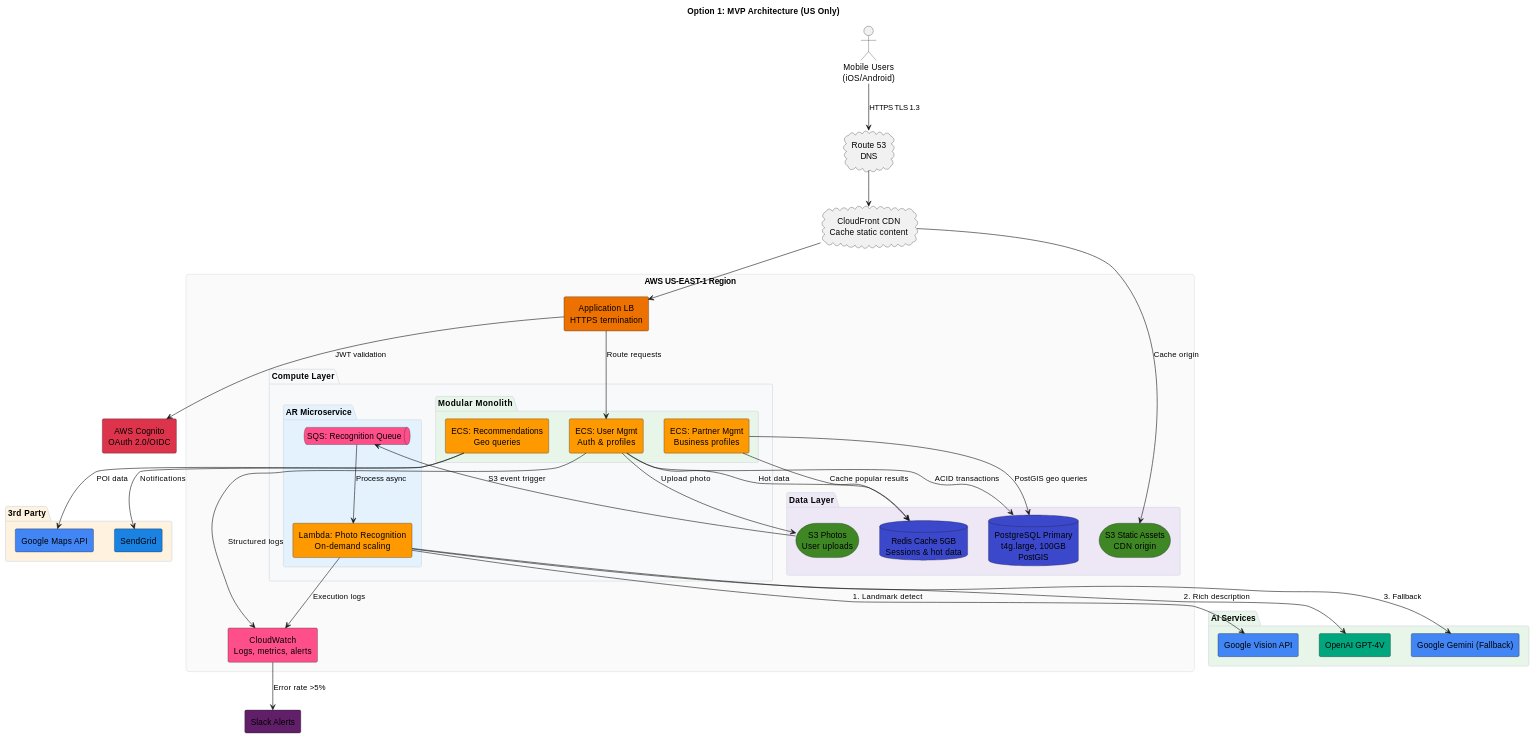
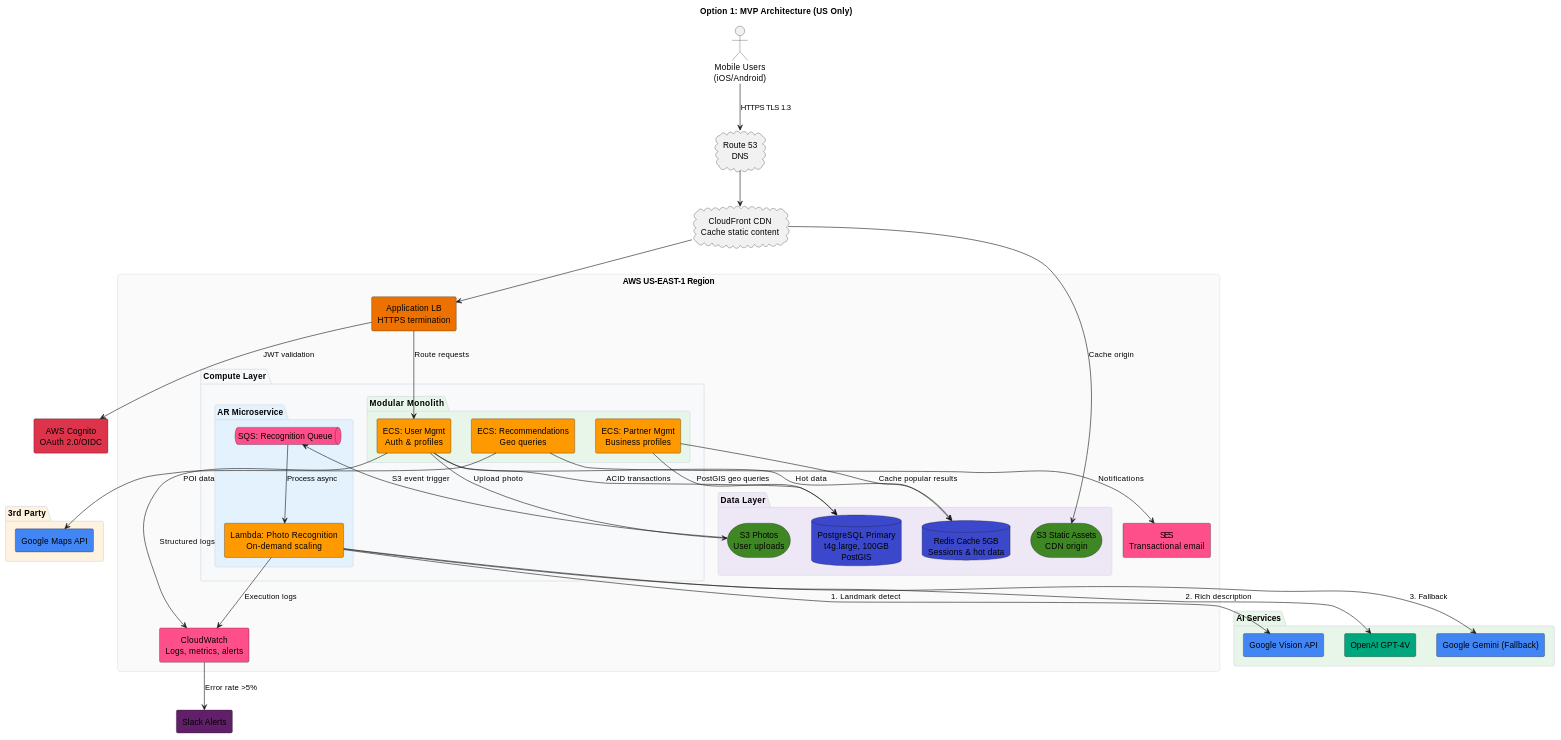
Before and after one commit to mosurekImagination/solution-architecture-case-studies: the first of 4 diagrams in 01/docs/solution-design.adoc, drawn with PlantUML. The commit also changed other lines of this file and 14 other files, not shown here.

```diff
--- a/01/docs/solution-design.adoc
+++ b/01/docs/solution-design.adoc
@@ -216,6 +179,7 @@
   }
 
   component "CloudWatch\nLogs, metrics, alerts" as cw #FF4F8B
+  component "SES\nTransactional email" as email #FF4F8B
 }
 
 component "AWS Cognito\nOAuth 2.0/OIDC" as auth #DD344C
@@ -227,7 +191,6 @@
 }
 
 package "3rd Party" #FFF3E0 {
-  component "SendGrid" as email #1A82E2
   component "Google Maps API" as maps #4285F4
 }
 
```
